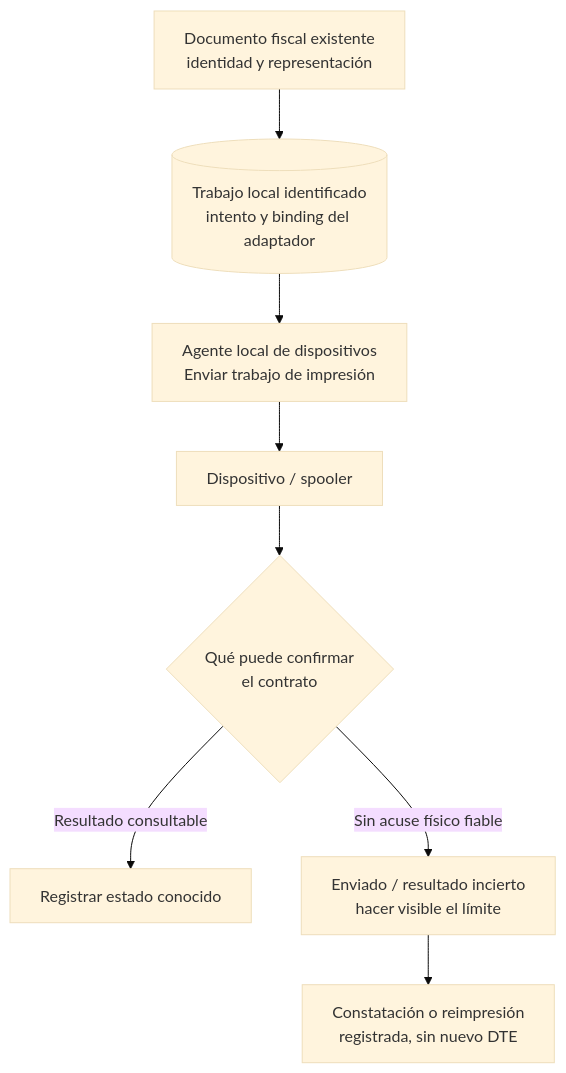
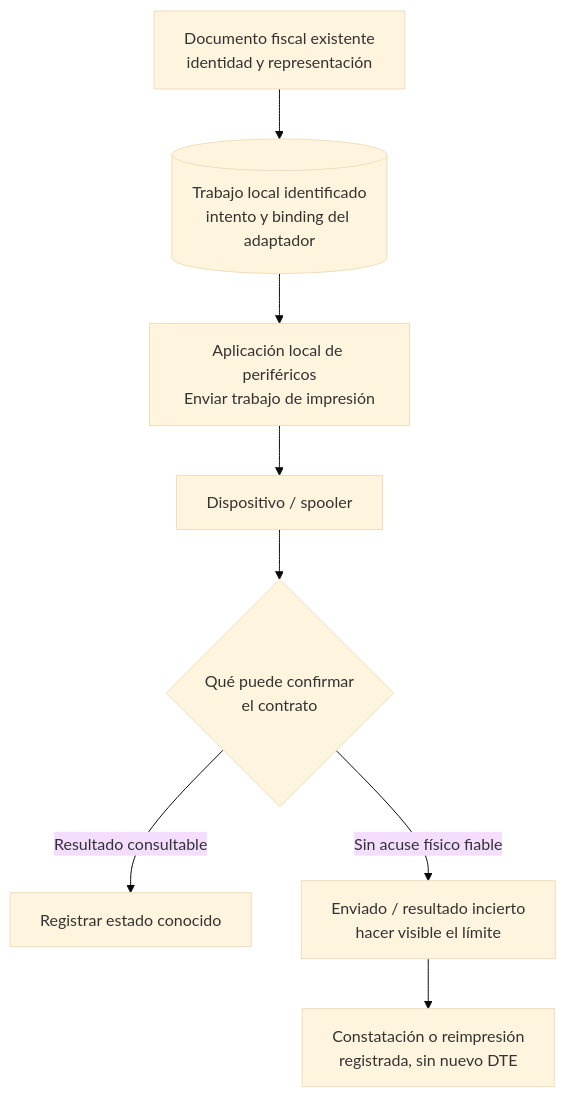
Before and after one commit to floxcristian/pos-architecture: the diagram in presentation/diagrams/operation-print-proposed.mmd, drawn with Mermaid (base theme). The commit also changed 19 other files, not shown here.

Commit message:
Usar aplicación local para impresión y periféricos

```diff
--- a/presentation/diagrams/operation-print-proposed.mmd
+++ b/presentation/diagrams/operation-print-proposed.mmd
@@ -1,8 +1,8 @@
 flowchart TB
   DTE["Documento fiscal existente<br/>identidad y representación"] --> JOB[("Trabajo local identificado<br/>intento y binding del adaptador")]
-  JOB --> ADAPTER["Agente local de dispositivos<br/>Enviar trabajo de impresión"]
+  JOB --> ADAPTER["Aplicación local de periféricos<br/>Enviar trabajo de impresión"]
   ADAPTER --> DEVICE["Dispositivo / spooler"]
   DEVICE --> RESULT{"Qué puede confirmar<br/>el contrato"}
   RESULT -->|"Resultado consultable"| KNOWN["Registrar estado conocido"]
   RESULT -->|"Sin acuse físico fiable"| UNCERTAIN["Enviado / resultado incierto<br/>hacer visible el límite"]
   UNCERTAIN --> COPY["Constatación o reimpresión<br/>registrada, sin nuevo DTE"]
```
